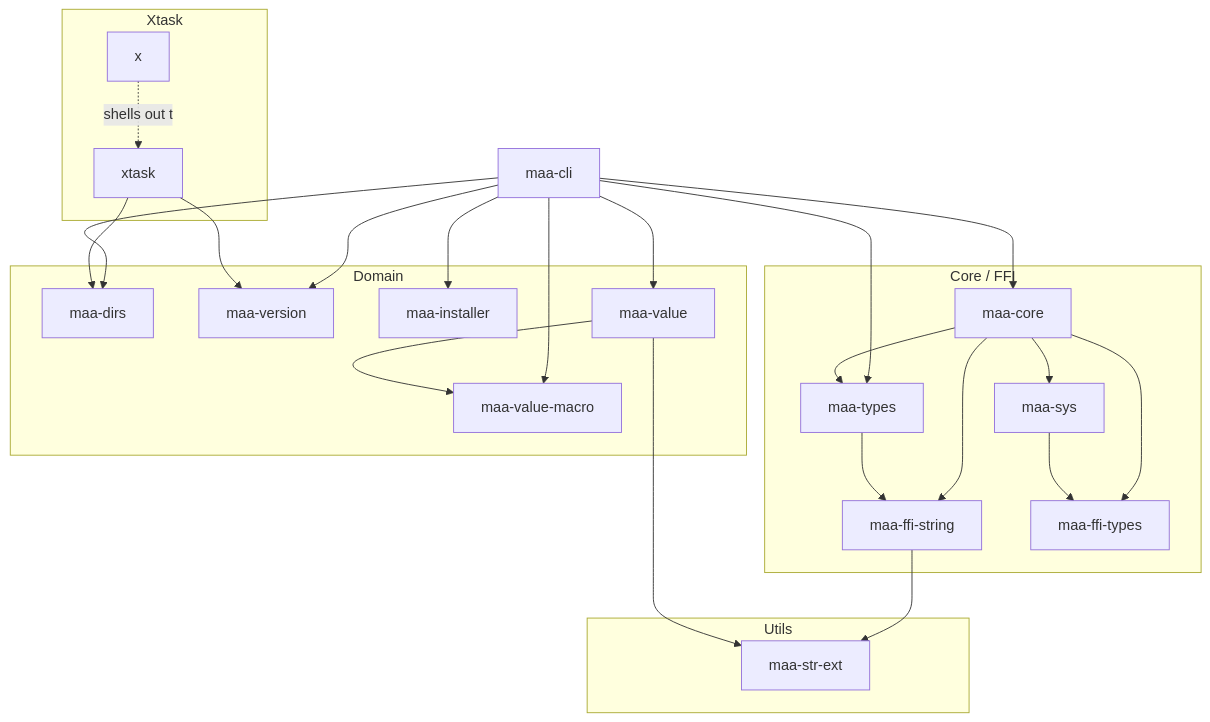
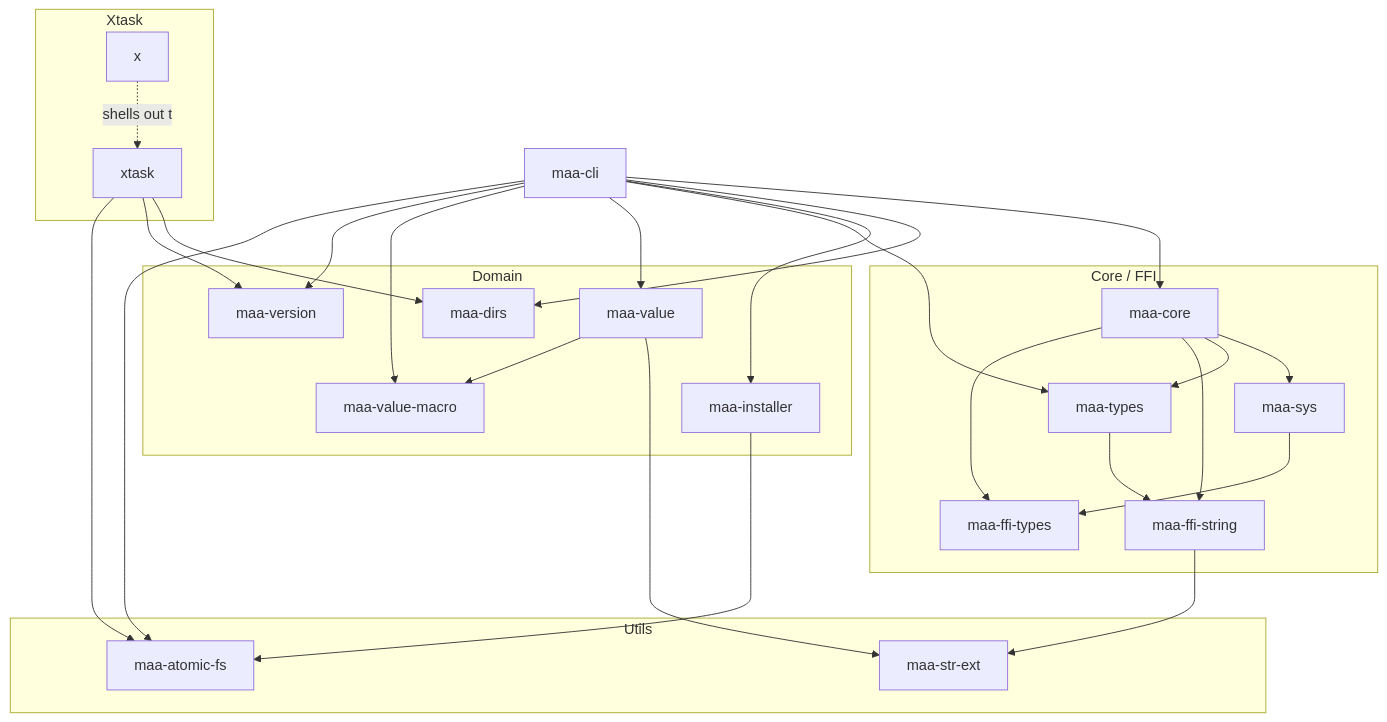
The diagram in AGENTS.md (MaaAssistantArknights/maa-cli), drawn with Mermaid before and after one commit. The commit also changed other lines of this file and 1 other file, not shown here.

Commit message:
docs: add maa-atomic-fs to the crate map
Claude-Session: https://claude.ai/code/session_01RyP5eZ1DZeXYFgT7NHXQMV

````diff
--- a/AGENTS.md
+++ b/AGENTS.md
@@ -14,53 +14,57 @@
 ```mermaid
 graph TD
     CLI["maa-cli"]
 
     subgraph Domain
         DIRS["maa-dirs"]
         VERSION["maa-version"]
         INSTALLER["maa-installer"]
         VALUE["maa-value"]
         VALMACRO["maa-value-macro"]
     end
 
     subgraph Core["Core / FFI"]
         CORE["maa-core"]
         SYS["maa-sys"]
         FFISTR["maa-ffi-string"]
         TYPES["maa-types"]
         FFITYPES["maa-ffi-types"]
     end
 
     subgraph Utils
         STREXT["maa-str-ext"]
+        ATOMICFS["maa-atomic-fs"]
     end
     
     subgraph Xtask
         XTASK["xtask"]
         X["x"]
     end
 
     CLI --> CORE
     CLI --> DIRS
     CLI --> INSTALLER
     CLI --> TYPES
     CLI --> VALUE
     CLI --> VALMACRO
     CLI --> VERSION
+    CLI --> ATOMICFS
 
     CORE --> SYS
     CORE --> TYPES
     CORE --> FFISTR
     CORE --> FFITYPES
 
     SYS --> FFITYPES
     TYPES --> FFISTR
 
     FFISTR --> STREXT
     VALUE --> STREXT
     VALUE --> VALMACRO
+    INSTALLER --> ATOMICFS
     
     XTASK --> DIRS
     XTASK --> VERSION
+    XTASK --> ATOMICFS
     X -.shells out to.-> XTASK
 ```
````
